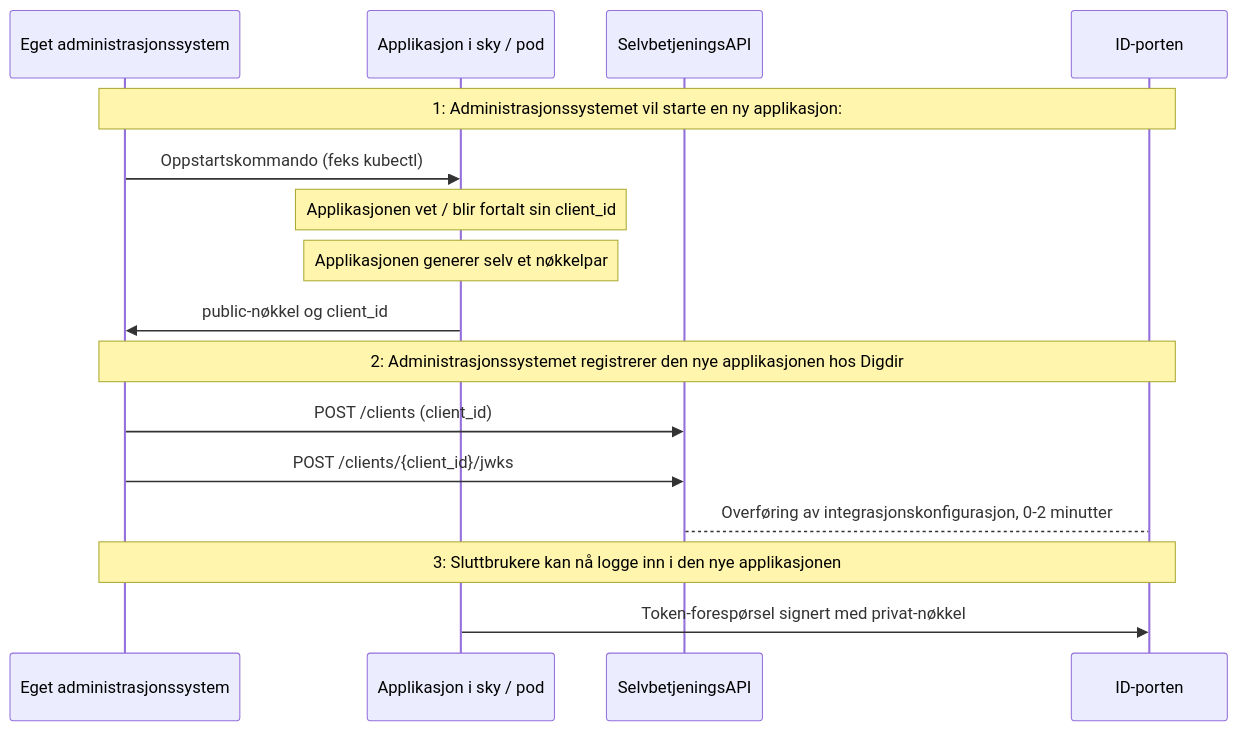
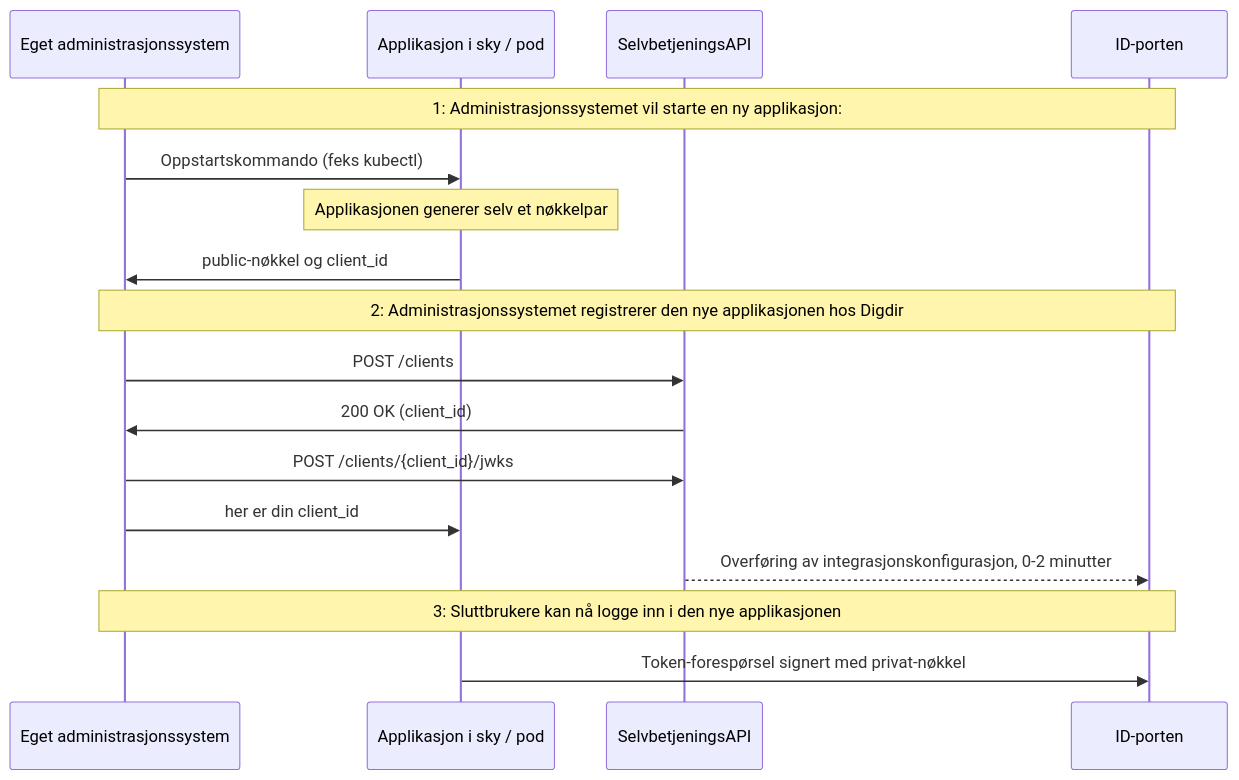
Before and after one commit to felleslosninger/docs: the second of 2 diagrams in _docs/ID-porten/oidc/oidc_api_admin.md, drawn with Mermaid. The commit also changed other lines of this file, not shown here.

```diff
--- a/_docs/ID-porten/oidc/oidc_api_admin.md
+++ b/_docs/ID-porten/oidc/oidc_api_admin.md
@@ -185,23 +185,23 @@
 <div class="mermaid">
 sequenceDiagram
   participant A as Eget administrasjonssystem
   participant C as Applikasjon i sky / pod
   participant S as SelvbetjeningsAPI
   participant I as ID-porten
 
   note over A, I: 1: Administrasjonssystemet vil starte en ny applikasjon:
   A ->> C: Oppstartskommando (feks kubectl)
-  note over C: Applikasjonen vet / blir fortalt sin client_id
   note over C: Applikasjonen generer selv et nøkkelpar
   C ->> A: public-nøkkel og client_id
 
   note over A, I: 2: Administrasjonssystemet registrerer den nye applikasjonen hos Digdir
-  A ->> S: POST /clients  (client_id)
+  A ->> S: POST /clients  
+  S ->> A: 200 OK (client_id)
   A ->> S: POST /clients/{client_id}/jwks
-
-  S --> I: Overføring av integrasjonskonfigurasjon, 0-2 minutter
+  A ->> C: her er din client_id
+  S -->> I: Overføring av integrasjonskonfigurasjon, 0-2 minutter
 
   note over A, I: 3: Sluttbrukere kan nå logge inn i den nye applikasjonen
 
   C ->> I: Token-forespørsel signert med privat-nøkkel
 </div>
```
